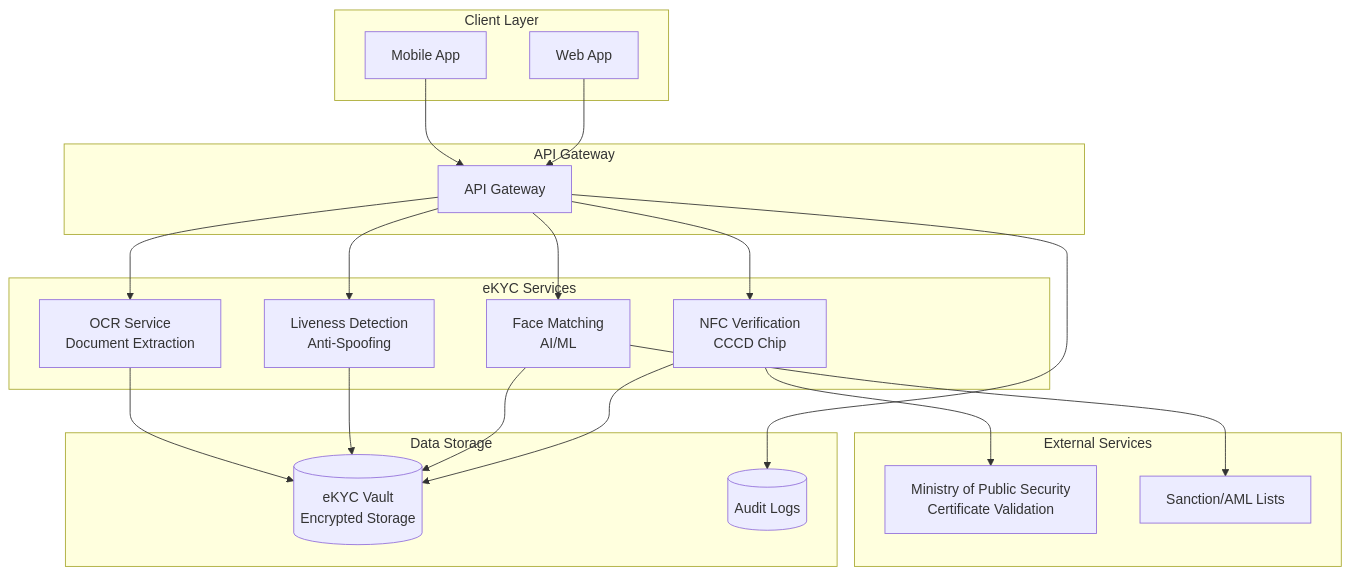
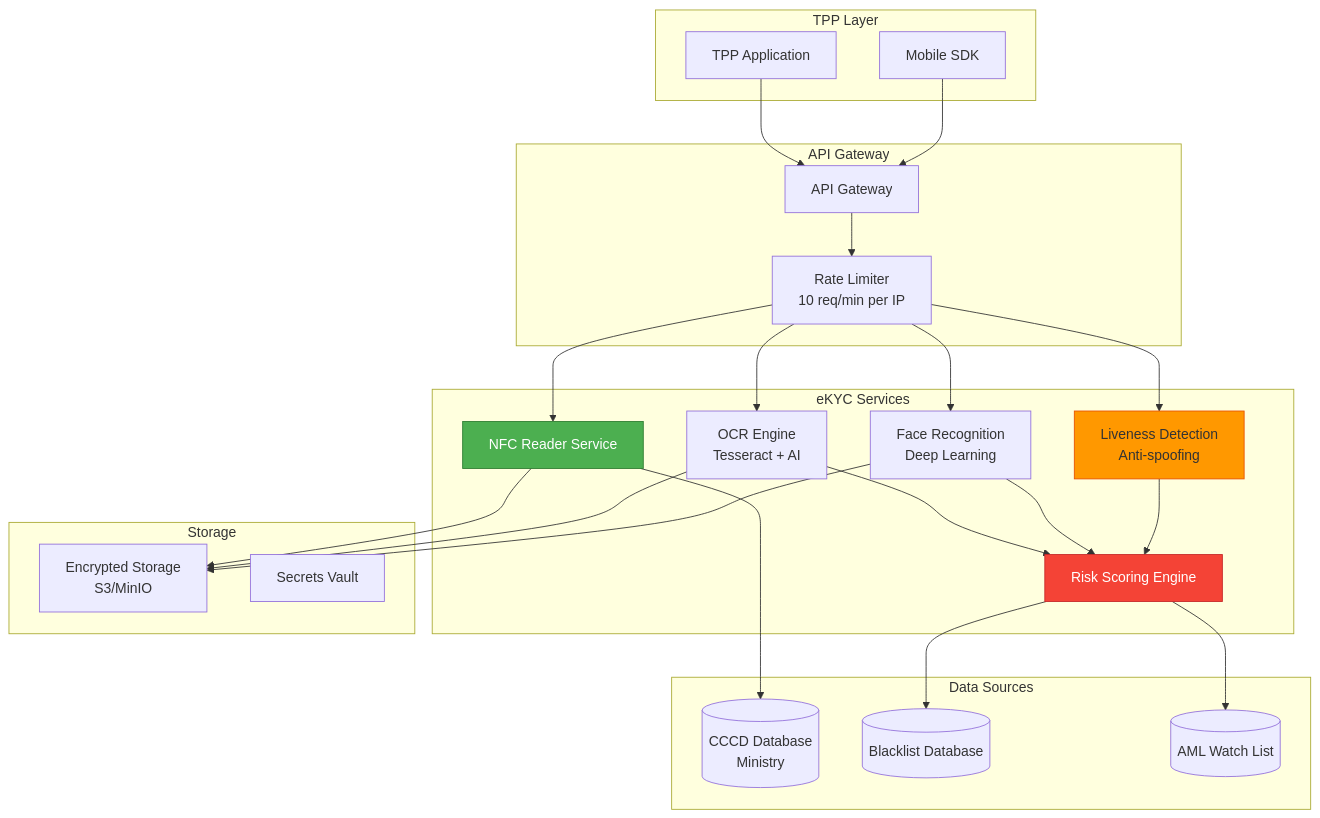
One commit to huuhoait/openbanking-vn-specs changed the first of 8 diagrams in 07-Dich-vu-Dinh-danh-eKYC.md. Above: the diagram before and after it, drawn with Mermaid. The commit also changed other lines of this file and 14 other files, not shown here.

````diff
--- a/07-Dich-vu-Dinh-danh-eKYC.md
+++ b/07-Dich-vu-Dinh-danh-eKYC.md
@@ -9,45 +19,56 @@
 ```mermaid
 graph TB
-    subgraph "Client Layer"
-        Mobile[Mobile App]
-        Web[Web App]
+    subgraph "TPP Layer"
+        TPP[TPP Application]
+        Mobile[Mobile SDK]
     end
     
     subgraph "API Gateway"
         Gateway[API Gateway]
+        RateLimit[Rate Limiter<br/>10 req/min per IP]
     end
     
     subgraph "eKYC Services"
-        OCR[OCR Service<br/>Document Extraction]
-        Liveness[Liveness Detection<br/>Anti-Spoofing]
-        FaceMatch[Face Matching<br/>AI/ML]
-        NFC[NFC Verification<br/>CCCD Chip]
+        NFC[NFC Reader Service]
+        OCR[OCR Engine<br/>Tesseract + AI]
+        Face[Face Recognition<br/>Deep Learning]
+        Liveness[Liveness Detection<br/>Anti-spoofing]
+        Risk[Risk Scoring Engine]
     end
     
-    subgraph "External Services"
-        MPS[Ministry of Public Security<br/>Certificate Validation]
-        Blacklist[Sanction/AML Lists]
+    subgraph "Data Sources"
+        CCCD[(CCCD Database<br/>Ministry)]
+        Blacklist[(Blacklist Database)]
+        AML[(AML Watch List)]
     end
     
-    subgraph "Data Storage"
-        KYCVault[(eKYC Vault<br/>Encrypted Storage)]
-        AuditLog[(Audit Logs)]
+    subgraph "Storage"
+        S3[Encrypted Storage<br/>S3/MinIO]
+        Vault[Secrets Vault]
     end
     
+    TPP --> Gateway
     Mobile --> Gateway
-    Web --> Gateway
-    Gateway --> OCR
-    Gateway --> Liveness
-    Gateway --> FaceMatch
-    Gateway --> NFC
+    Gateway --> RateLimit
     
-    NFC --> MPS
-    FaceMatch --> Blacklist
+    RateLimit --> NFC
+    RateLimit --> OCR
+    RateLimit --> Face
+    RateLimit --> Liveness
     
-    OCR --> KYCVault
-    Liveness --> KYCVault
-    FaceMatch --> KYCVault
-    NFC --> KYCVault
+    NFC --> CCCD
+    OCR --> Risk
+    Face --> Risk
+    Liveness --> Risk
     
-    Gateway --> AuditLog
+    Risk --> Blacklist
+    Risk --> AML
+    
+    NFC --> S3
+    OCR --> S3
+    Face --> S3
+    
+    style NFC fill:#4caf50,stroke:#2e7d32,color:#fff
+    style Liveness fill:#ff9800,stroke:#e65100
+    style Risk fill:#f44336,stroke:#c62828,color:#fff
 ```
````
